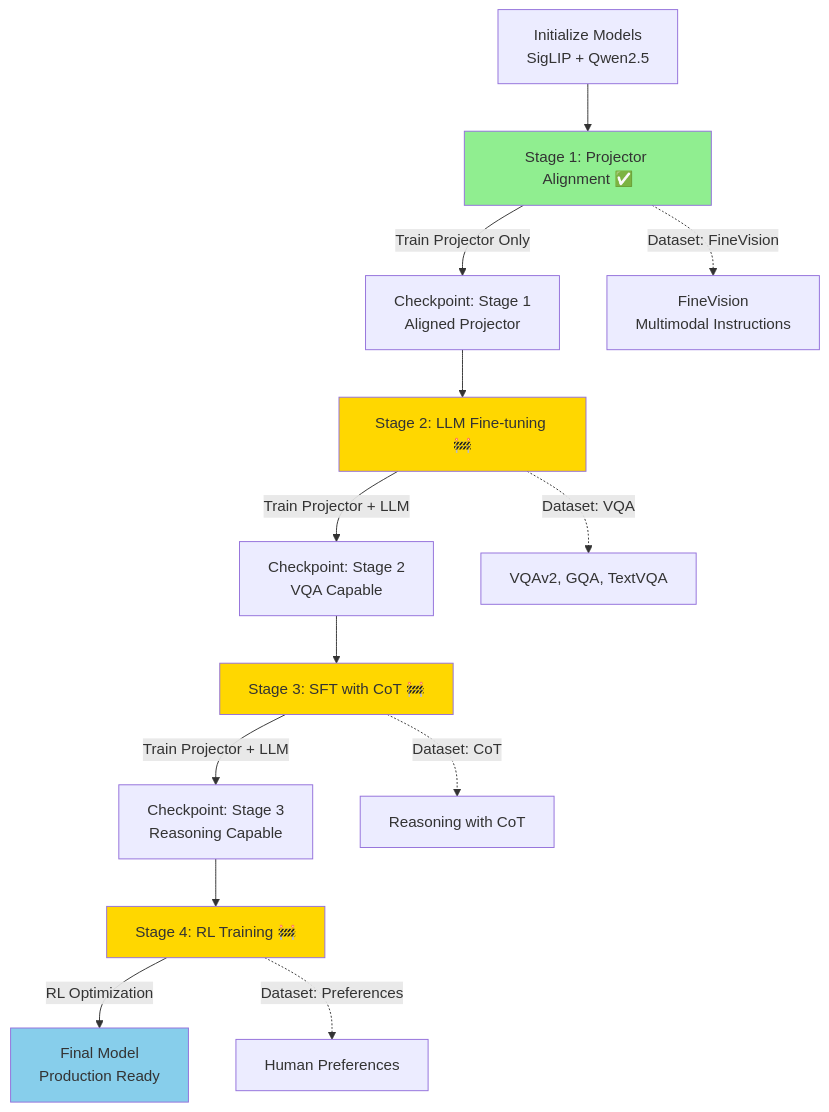
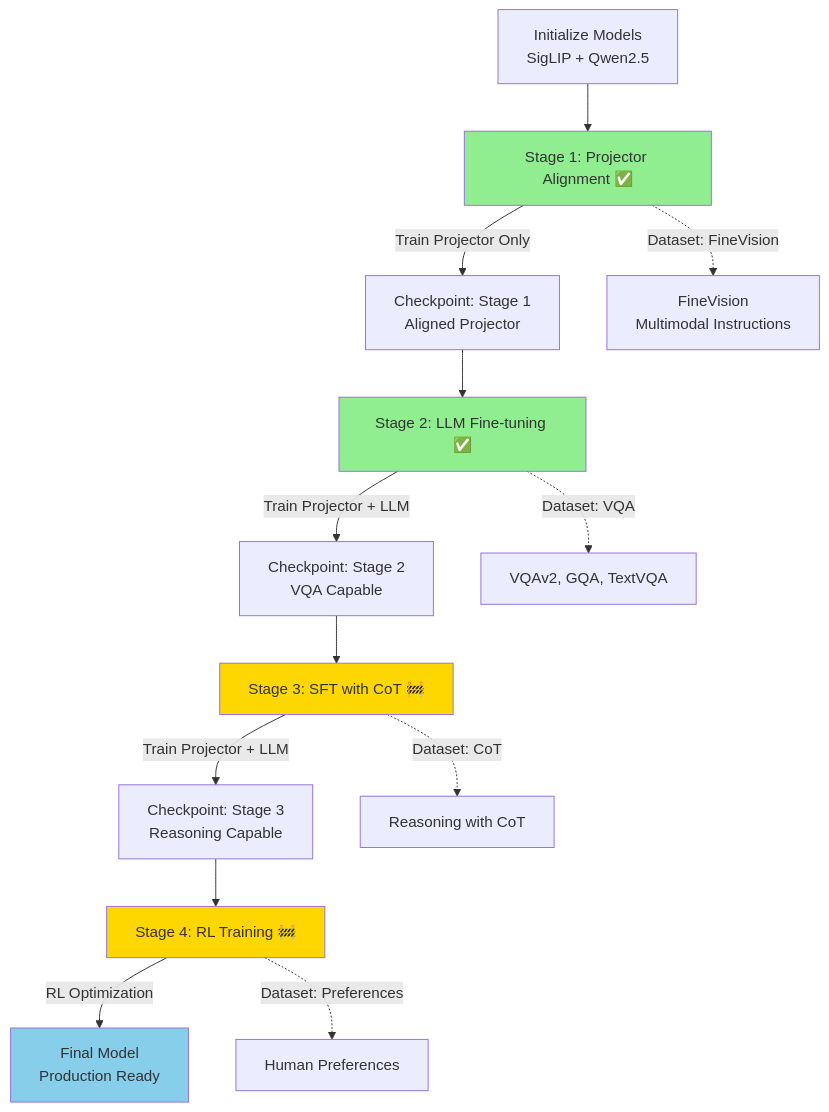
One commit to duoan/SiQ_VL changed the second of 2 diagrams in README.md. Above: the diagram before and after it, drawn with Mermaid. The commit also changed other lines of this file and 2 other files, not shown here.

````diff
--- a/README.md
+++ b/README.md
@@ -305,26 +298,26 @@
 ```mermaid
 graph TD
     Start[Initialize Models<br/>SigLIP + Qwen2.5] --> Stage1[Stage 1: Projector Alignment ✅]
     
     Stage1 --> |Train Projector Only| S1Checkpoint[Checkpoint: Stage 1<br/>Aligned Projector]
     
-    S1Checkpoint --> Stage2[Stage 2: LLM Fine-tuning 🚧]
+    S1Checkpoint --> Stage2[Stage 2: LLM Fine-tuning ✅]
     Stage2 --> |Train Projector + LLM| S2Checkpoint[Checkpoint: Stage 2<br/>VQA Capable]
     
     S2Checkpoint --> Stage3[Stage 3: SFT with CoT 🚧]
     Stage3 --> |Train Projector + LLM| S3Checkpoint[Checkpoint: Stage 3<br/>Reasoning Capable]
     
     S3Checkpoint --> Stage4[Stage 4: RL Training 🚧]
     Stage4 --> |RL Optimization| Final[Final Model<br/>Production Ready]
     
     Stage1 -.->|Dataset: FineVision| D1[FineVision<br/>Multimodal Instructions]
     Stage2 -.->|Dataset: VQA| D2[VQAv2, GQA, TextVQA]
     Stage3 -.->|Dataset: CoT| D3[Reasoning with CoT]
     Stage4 -.->|Dataset: Preferences| D4[Human Preferences]
     
     style Stage1 fill:#90EE90
-    style Stage2 fill:#FFD700
+    style Stage2 fill:#90EE90
     style Stage3 fill:#FFD700
     style Stage4 fill:#FFD700
     style Final fill:#87CEEB
 ```
````
